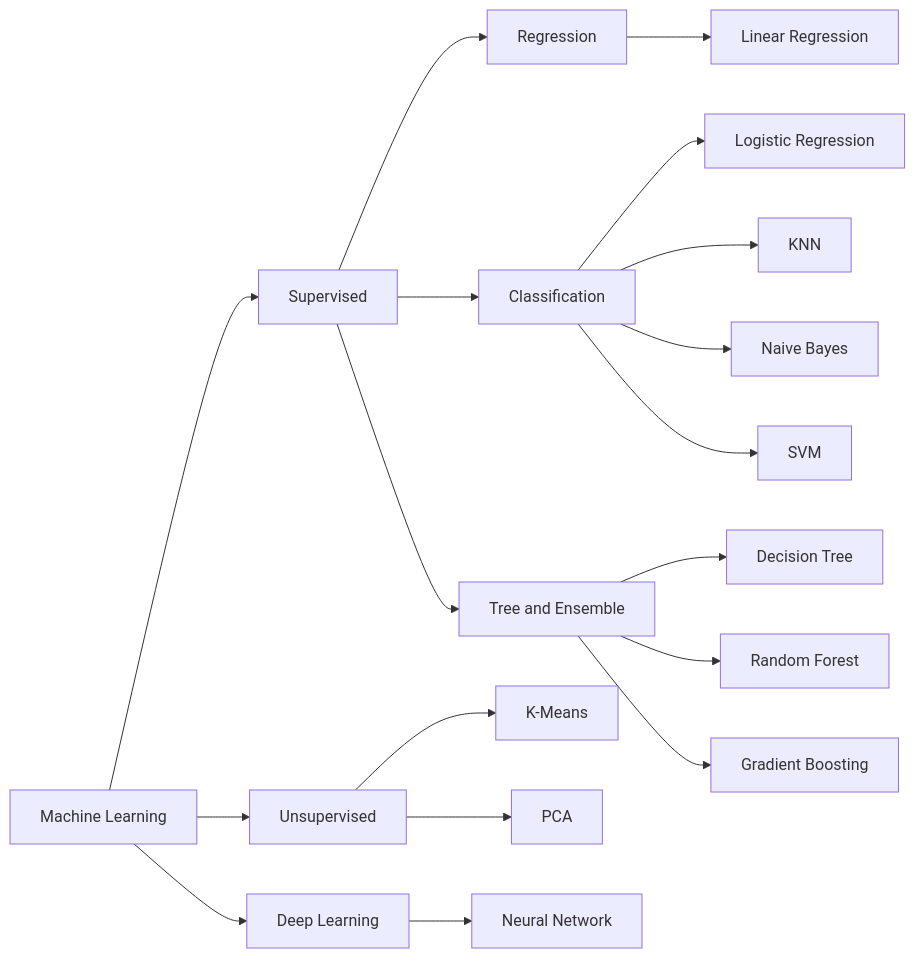
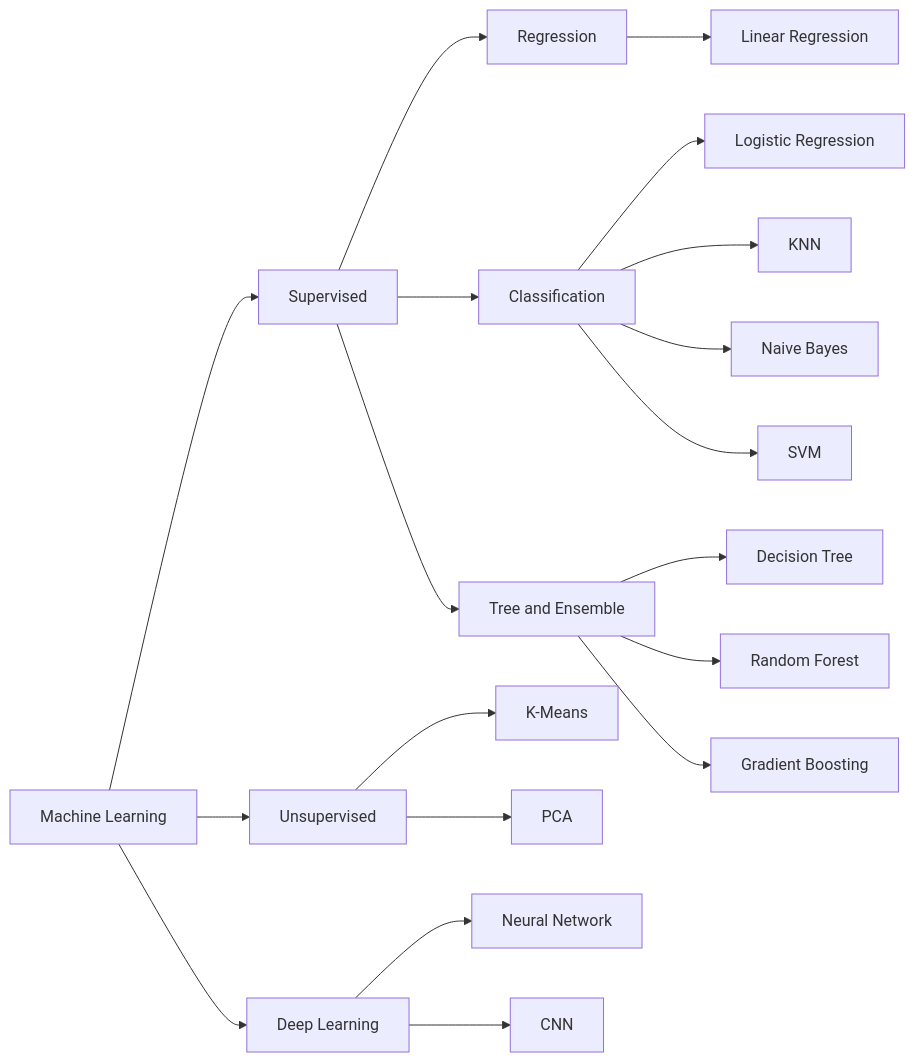
The first of 7 diagrams in README.md (Nihar16/MACHINE-LEARNING-MODELS), drawn with Mermaid before and after one commit. The commit also changed other lines of this file and 15 other files, not shown here.

````diff
--- a/README.md
+++ b/README.md
@@ -41,20 +41,21 @@
 ```mermaid
 flowchart LR
     ML["Machine Learning"] --> SUP["Supervised"]
     ML --> UNS["Unsupervised"]
     ML --> DL["Deep Learning"]
     SUP --> REG["Regression"]
     SUP --> CLS["Classification"]
     SUP --> ENS["Tree and Ensemble"]
     REG --> LR["Linear Regression"]
     CLS --> LOG["Logistic Regression"]
     CLS --> KNN["KNN"]
     CLS --> NB["Naive Bayes"]
     CLS --> SVM["SVM"]
     ENS --> DT["Decision Tree"]
     ENS --> RF["Random Forest"]
     ENS --> GB["Gradient Boosting"]
     UNS --> KM["K-Means"]
     UNS --> PCA["PCA"]
     DL --> MLP["Neural Network"]
+    DL --> CNN["CNN"]
 ```
````
